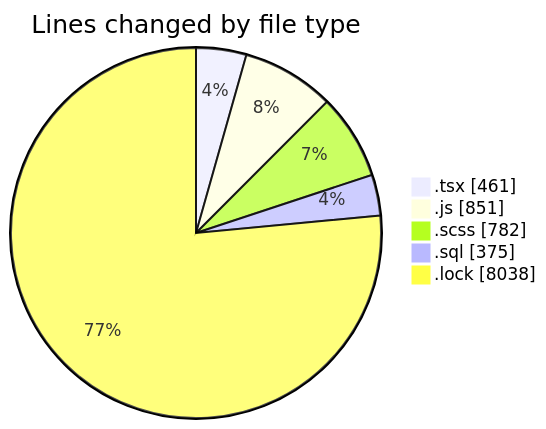
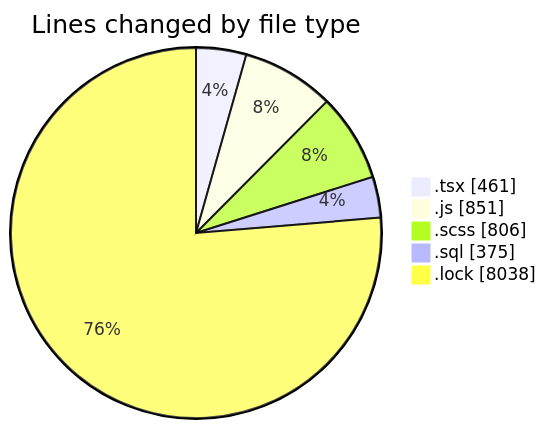
One commit to momahboobian/code-tracking changed the first of 2 diagrams in 2025-03-18/cda/README.md. Above: the diagram before and after it, drawn with Mermaid. The commit also changed other lines of this file and 1 other file, not shown here.

````diff
--- a/2025-03-18/cda/README.md
+++ b/2025-03-18/cda/README.md
@@ -30,9 +30,9 @@
 ```mermaid
 pie showData
 title Lines changed by file type
 ".tsx" : 461
 ".js" : 851
-".scss" : 782
+".scss" : 806
 ".sql" : 375
 ".lock" : 8038
 ```
````
